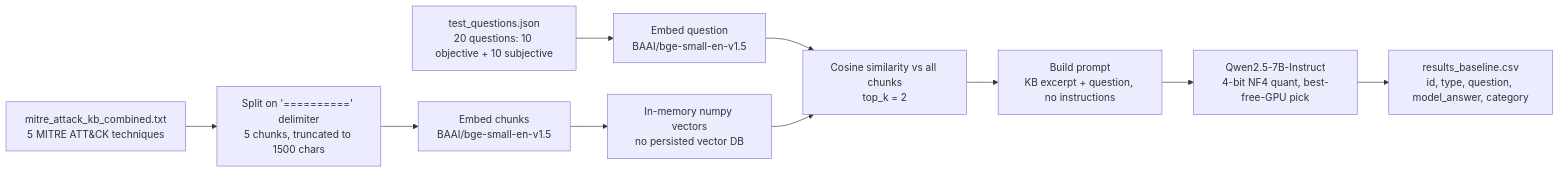
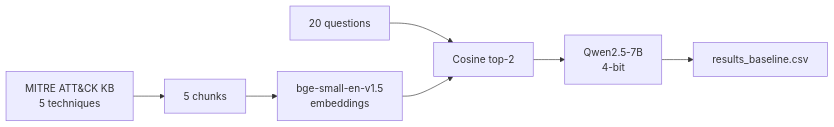
One commit to MustafaMunir123/RAG-Hallucination-Fairness-Evaluation changed the first of 2 diagrams in README.md. Above: the diagram before and after it, drawn with Mermaid. The commit also changed other lines of this file, not shown here.

Commit message:
add flow diagrams

````diff
--- a/README.md
+++ b/README.md
@@ -3,12 +3,9 @@
 ```mermaid
 flowchart LR
-    A["mitre_attack_kb_combined.txt<br/>5 MITRE ATT&CK techniques"] --> B["Split on '==========' delimiter<br/>5 chunks, truncated to 1500 chars"]
-    B --> C["Embed chunks<br/>BAAI/bge-small-en-v1.5"]
-    C --> D["In-memory numpy vectors<br/>no persisted vector DB"]
-    E["test_questions.json<br/>20 questions: 10 objective + 10 subjective"] --> F["Embed question<br/>BAAI/bge-small-en-v1.5"]
-    F --> G["Cosine similarity vs all chunks<br/>top_k = 2"]
-    D --> G
-    G --> H["Build prompt<br/>KB excerpt + question, no instructions"]
-    H --> I["Qwen2.5-7B-Instruct<br/>4-bit NF4 quant, best-free-GPU pick"]
-    I --> J["results_baseline.csv<br/>id, type, question, model_answer, category"]
+    A["MITRE ATT&CK KB<br/>5 techniques"] --> B["5 chunks"]
+    B --> C["bge-small-en-v1.5<br/>embeddings"]
+    Q["20 questions"] --> D["Cosine top-2"]
+    C --> D
+    D --> E["Qwen2.5-7B<br/>4-bit"]
+    E --> F["results_baseline.csv"]
 ```
````
